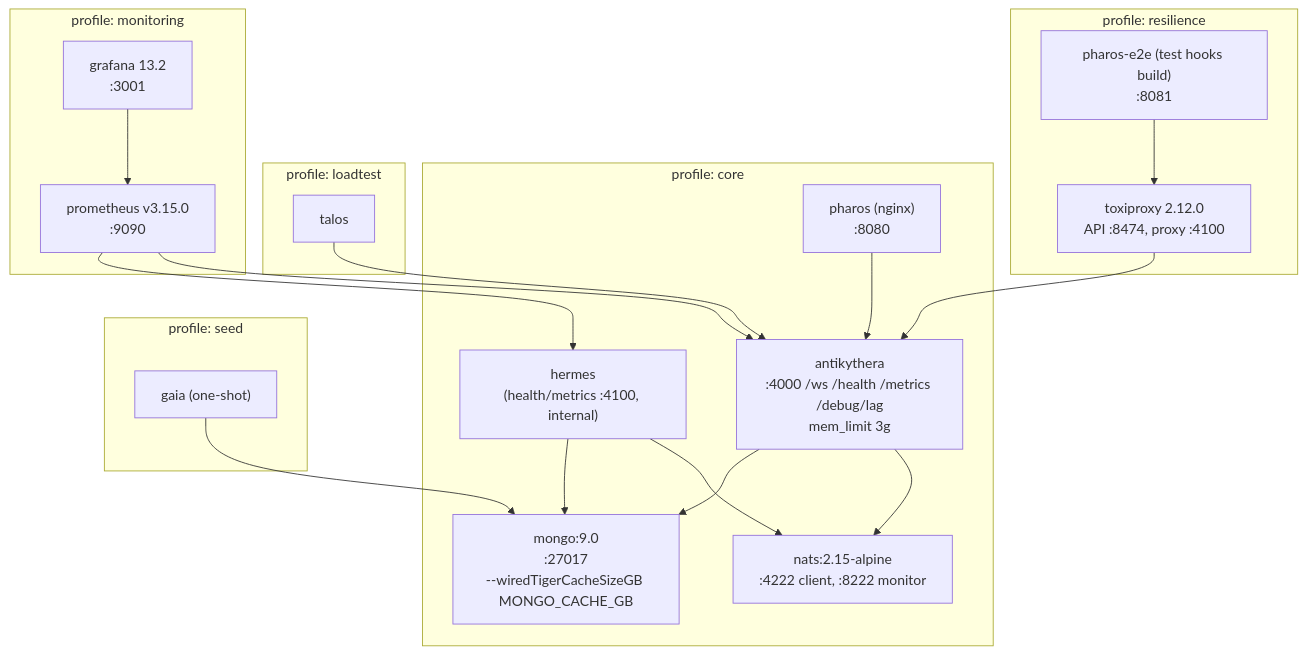
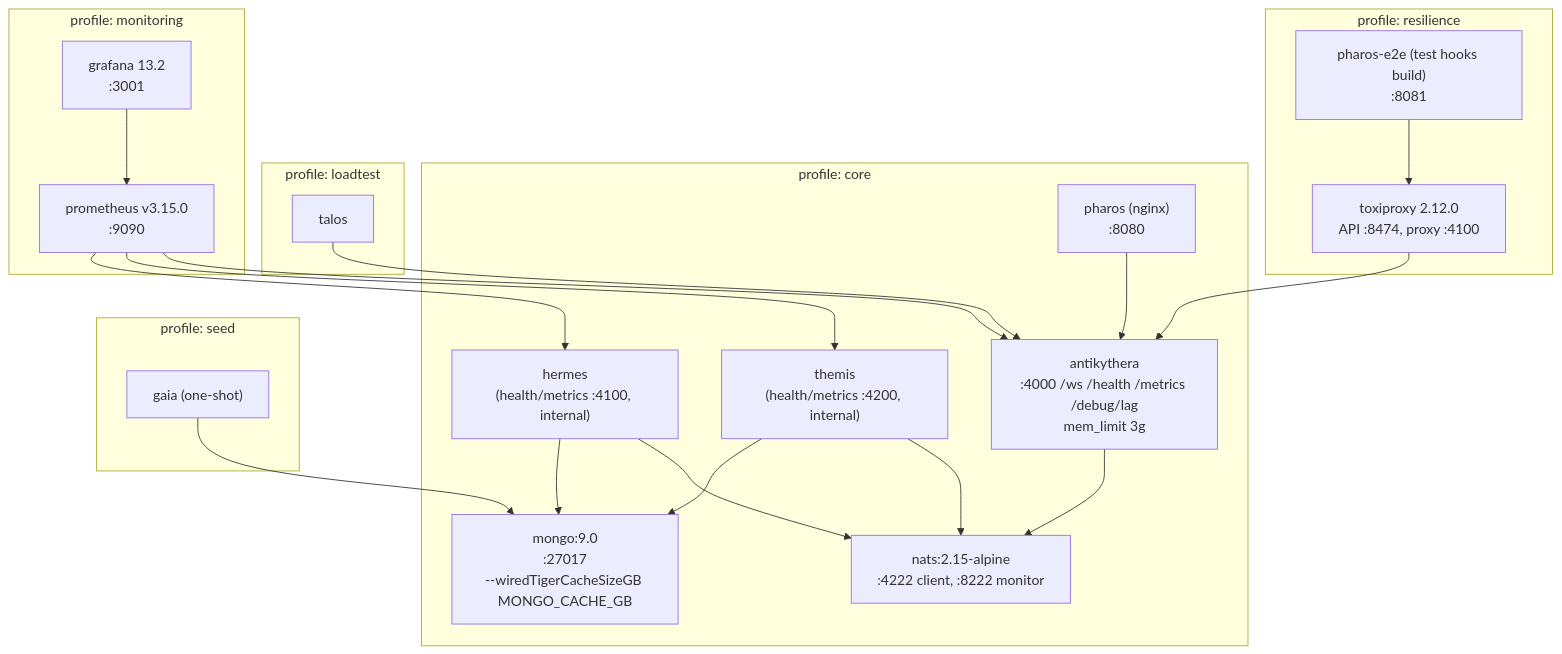
Before and after one commit to iAppGeek/apeiron: the second of 9 diagrams in docs/TECHNICAL-OVERVIEW.md, drawn with Mermaid. The commit also changed other lines of this file and 36 other files, not shown here.

````diff
--- a/docs/TECHNICAL-OVERVIEW.md
+++ b/docs/TECHNICAL-OVERVIEW.md
@@ -135,32 +135,34 @@
 ```mermaid
 flowchart TB
   subgraph core["profile: core"]
     pharos["pharos (nginx)<br/>:8080"]
     antikythera["antikythera<br/>:4000 /ws /health /metrics /debug/lag<br/>mem_limit 3g"]
+    themis["themis<br/>(health/metrics :4200, internal)"]
     hermes["hermes<br/>(health/metrics :4100, internal)"]
     nats["nats:2.15-alpine<br/>:4222 client, :8222 monitor"]
     mongo["mongo:9.0<br/>:27017<br/>--wiredTigerCacheSizeGB MONGO_CACHE_GB"]
   end
   subgraph seed["profile: seed"]
     gaia["gaia (one-shot)"]
   end
   subgraph monitoring["profile: monitoring"]
     prometheus["prometheus v3.15.0<br/>:9090"]
     grafana["grafana 13.2<br/>:3001"]
   end
   subgraph loadtest["profile: loadtest"]
     talos["talos"]
   end
   subgraph resilience["profile: resilience"]
     toxiproxy["toxiproxy 2.12.0<br/>API :8474, proxy :4100"]
     pharose2e["pharos-e2e (test hooks build)<br/>:8081"]
   end
   pharos --> antikythera
   pharose2e --> toxiproxy --> antikythera
-  antikythera --> nats & mongo
+  antikythera --> nats
+  themis --> nats & mongo
   hermes --> nats & mongo
   gaia --> mongo
-  prometheus --> antikythera & hermes
+  prometheus --> antikythera & themis & hermes
   grafana --> prometheus
   talos --> antikythera
 ```
````
